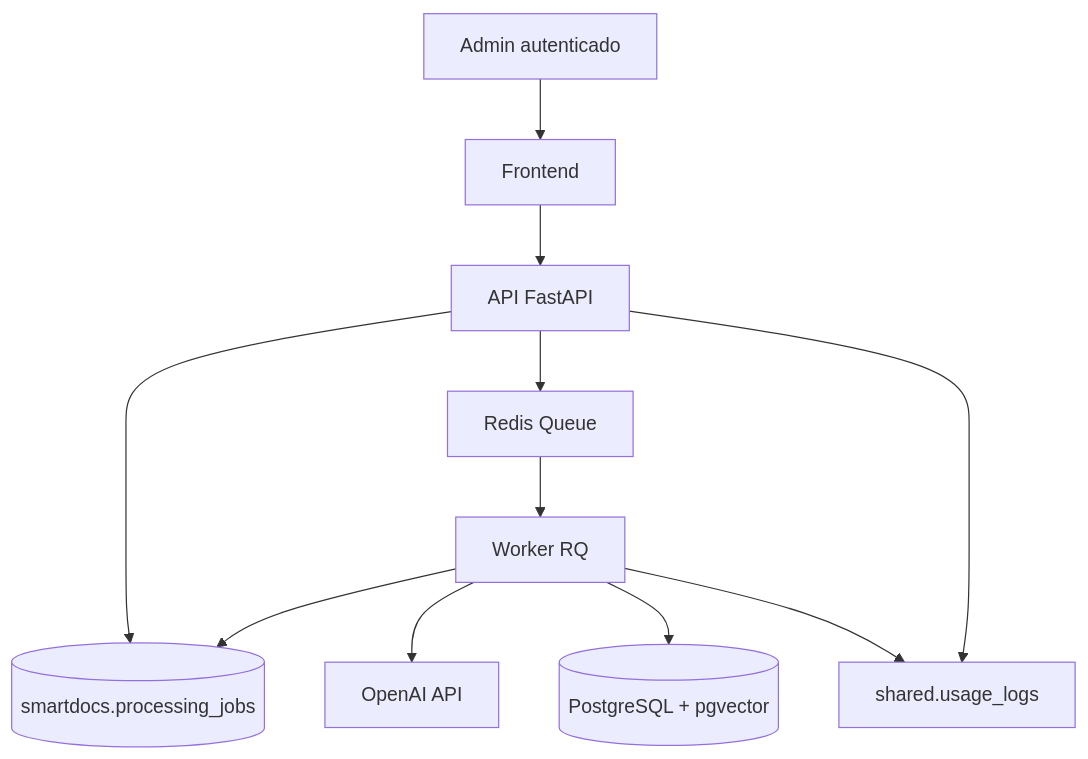
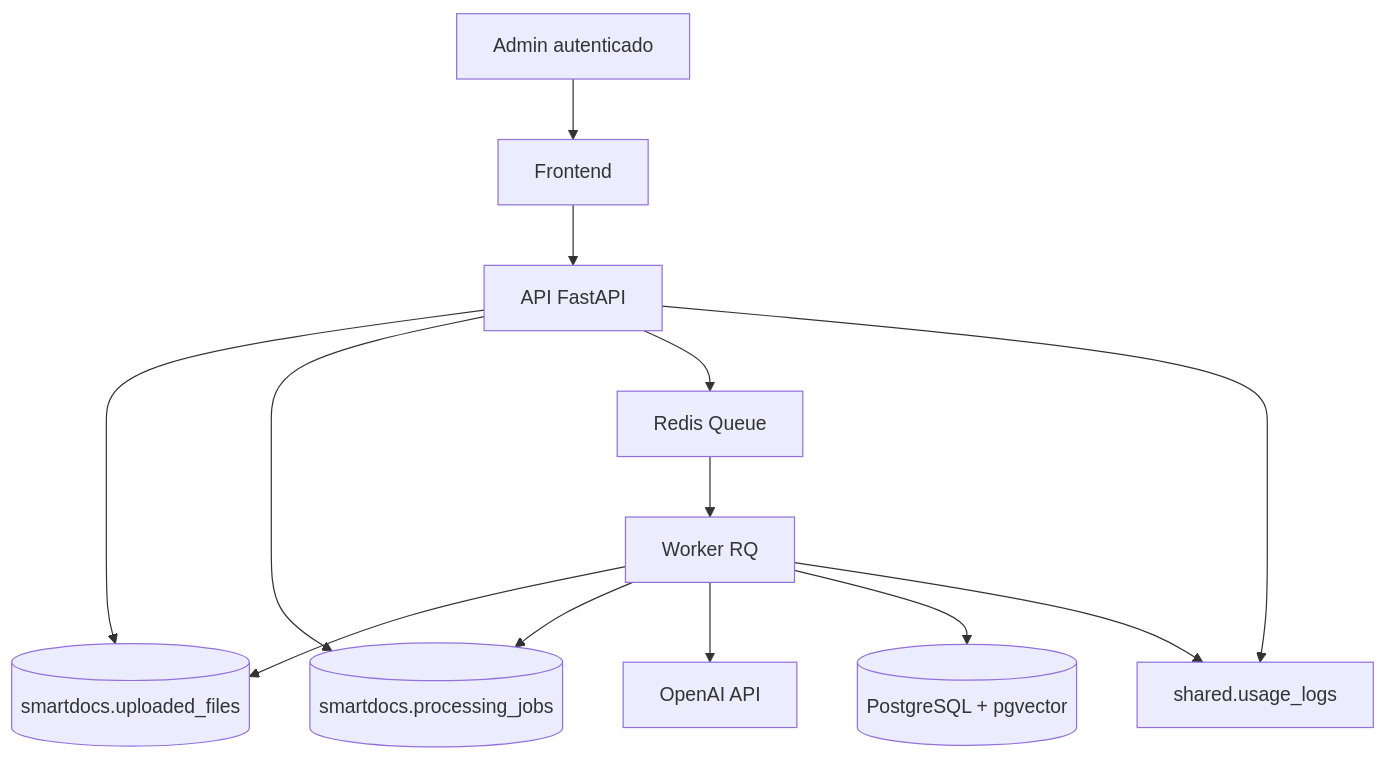
One commit to fredtamashiro/ModerationFlow-AI changed the second of 4 diagrams in docs/architecture.md. Above: the diagram before and after it, drawn with Mermaid. The commit also changed other lines of this file and 30 other files, not shown here.

````diff
--- a/docs/architecture.md
+++ b/docs/architecture.md
@@ -53,23 +58,26 @@
 ```mermaid
 flowchart TD
     Admin[Admin autenticado]
     Front[Frontend]
     Api[API FastAPI]
+    Uploads[(smartdocs.uploaded_files)]
     Jobs[(smartdocs.processing_jobs)]
     Queue[Redis Queue]
     Worker[Worker RQ]
     OpenAI[OpenAI API]
     Pg[(PostgreSQL + pgvector)]
     Logs[shared.usage_logs]
 
     Admin --> Front
     Front --> Api
+    Api --> Uploads
     Api --> Jobs
     Api --> Queue
     Api --> Logs
     Queue --> Worker
+    Worker --> Uploads
     Worker --> Jobs
     Worker --> OpenAI
     Worker --> Pg
     Worker --> Logs
 ```
````
